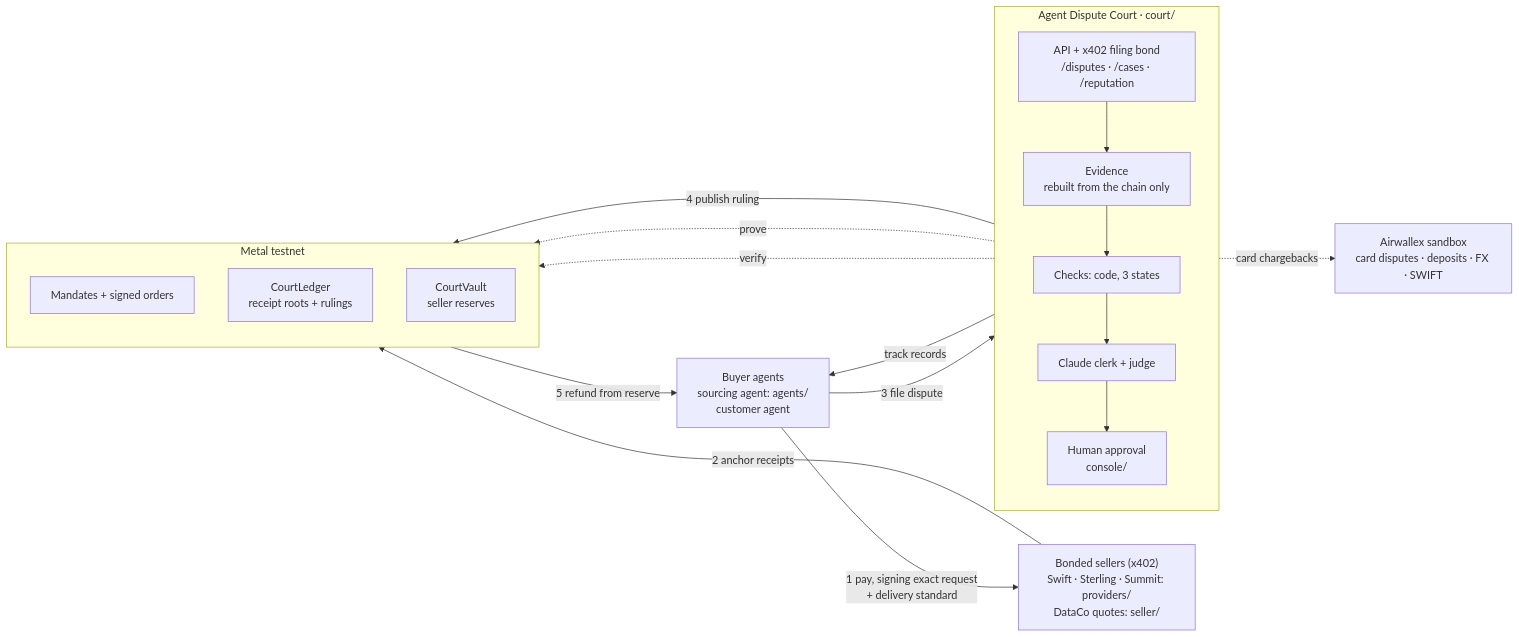
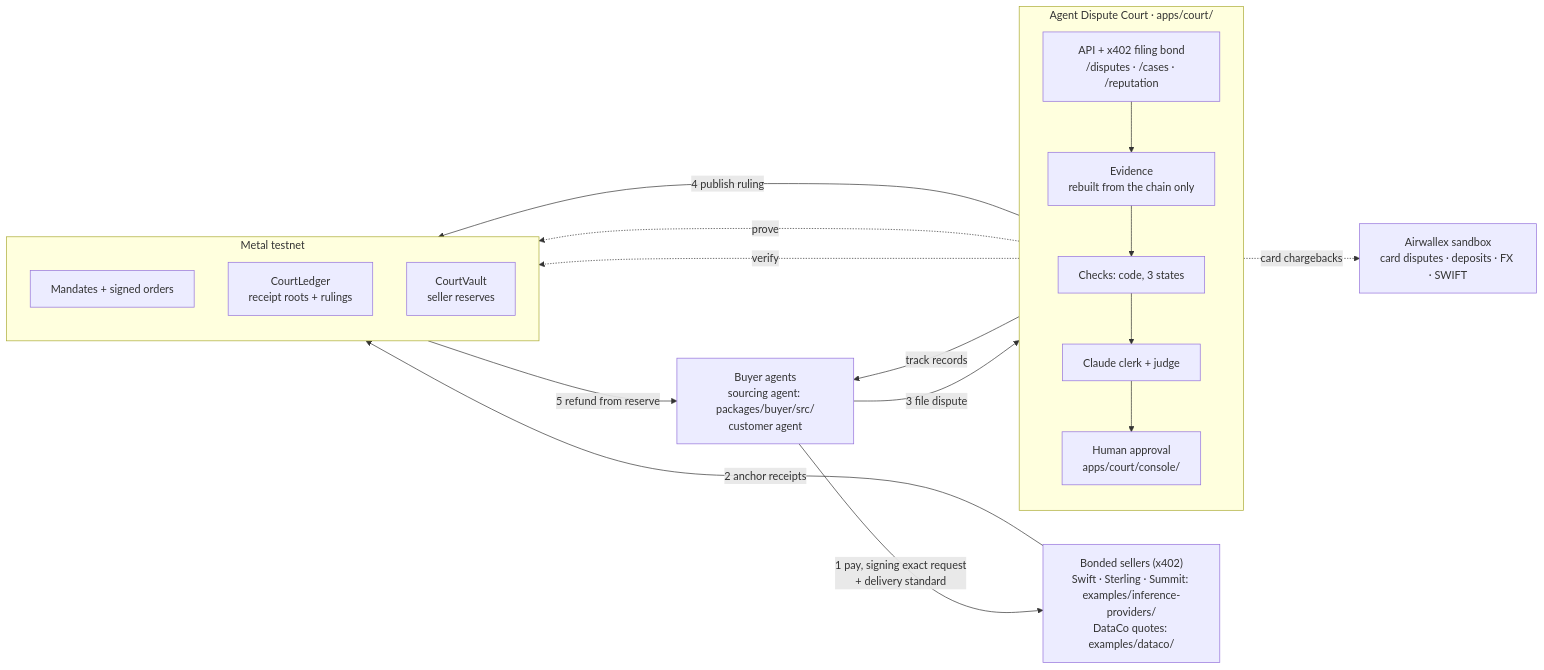
The third of 3 diagrams in README.md (calledAdo/agent-dispute-court), drawn with Mermaid before and after one commit. The commit also changed other lines of this file and 156 other files, not shown here.

````diff
--- a/README.md
+++ b/README.md
@@ -194,31 +194,31 @@
 ```mermaid
 flowchart LR
-  B["Buyer agents<br/>sourcing agent: agents/<br/>customer agent"]
-  S["Bonded sellers (x402)<br/>Swift · Sterling · Summit: providers/<br/>DataCo quotes: seller/"]
-  subgraph Court["Agent Dispute Court · court/"]
+  B["Buyer agents<br/>sourcing agent: packages/buyer/src/<br/>customer agent"]
+  S["Bonded sellers (x402)<br/>Swift · Sterling · Summit: examples/inference-providers/<br/>DataCo quotes: examples/dataco/"]
+  subgraph Court["Agent Dispute Court · apps/court/"]
     direction TB
     API["API + x402 filing bond<br/>/disputes · /cases · /reputation"]
     EV["Evidence<br/>rebuilt from the chain only"]
     CK["Checks: code, 3 states"]
     J["Claude clerk + judge"]
-    H["Human approval<br/>console/"]
+    H["Human approval<br/>apps/court/console/"]
     API --> EV --> CK --> J --> H
   end
   subgraph Metal["Metal testnet"]
     direction TB
     M["Mandates + signed orders"]
     L["CourtLedger<br/>receipt roots + rulings"]
     VA["CourtVault<br/>seller reserves"]
   end
   AWX["Airwallex sandbox<br/>card disputes · deposits · FX · SWIFT"]
 
   B -- "1 pay, signing exact request<br/>+ delivery standard" --> S
   S -- "2 anchor receipts" --> L
   B -- "3 file dispute" --> API
   EV -. "verify" .-> M
   EV -. "prove" .-> L
   Court -- "4 publish ruling" --> VA
   VA -- "5 refund from reserve" --> B
   API -- "track records" --> B
   Court -. "card chargebacks" .-> AWX
 ```
````
